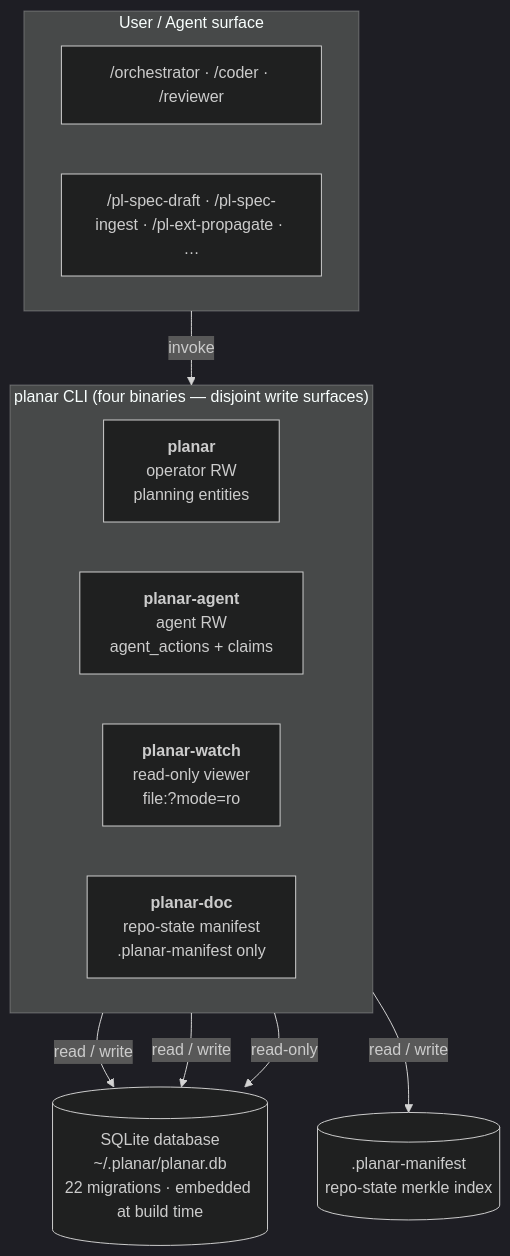
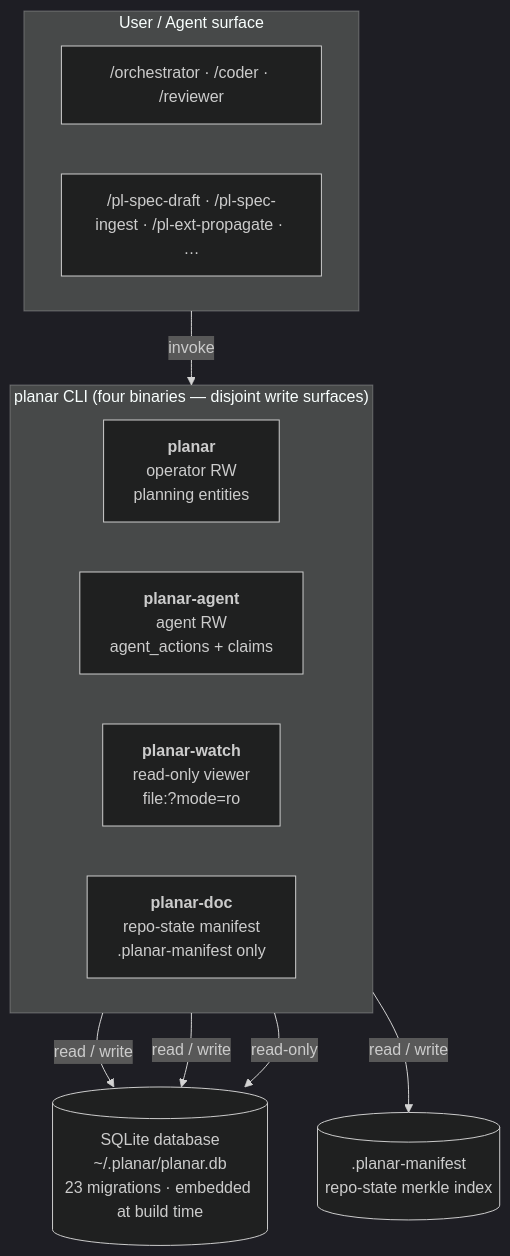
Before and after one commit to rdrsss/planar: the first of 2 diagrams in docs/architecture.md, drawn with Mermaid (dark theme). The commit also changed other lines of this file and 3 other files, not shown here.

````diff
--- a/docs/architecture.md
+++ b/docs/architecture.md
@@ -11,25 +11,25 @@
 ```mermaid
 flowchart TD
     subgraph Surface["User / Agent surface"]
         direction LR
         S1["/orchestrator · /coder · /reviewer"]
         S2["/pl-spec-draft · /pl-spec-ingest · /pl-ext-propagate · …"]
     end
 
     subgraph Binaries["planar CLI (four binaries — disjoint write surfaces)"]
         direction LR
         B1["<b>planar</b><br/>operator RW<br/>planning entities"]
         B2["<b>planar-agent</b><br/>agent RW<br/>agent_actions + claims"]
         B3["<b>planar-watch</b><br/>read-only viewer<br/>file:?mode=ro"]
         B4["<b>planar-doc</b><br/>repo-state manifest<br/>.planar-manifest only"]
     end
 
-    DB[("SQLite database<br/>~/.planar/planar.db<br/>22 migrations · embedded at build time")]
+    DB[("SQLite database<br/>~/.planar/planar.db<br/>23 migrations · embedded at build time")]
     MF[(".planar-manifest<br/>repo-state merkle index")]
 
     Surface -->|invoke| Binaries
     B1 -->|read / write| DB
     B2 -->|read / write| DB
     B3 -->|read-only| DB
     B4 -->|read / write| MF
 ```
````
